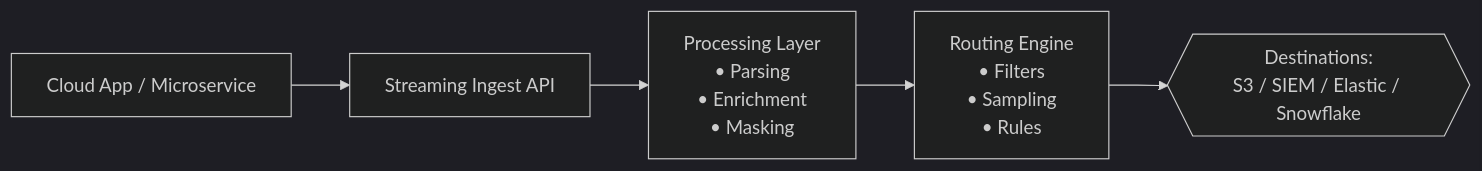
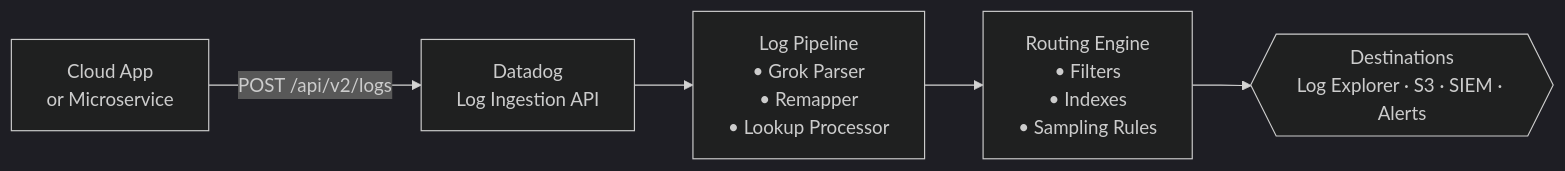
The diagram in raw-md-files/data-pipelines/api-ingest-stream.md (pvega62/software), drawn with Mermaid (dark theme) before and after one commit. The commit also changed other lines of this file and 436 other files, not shown here.

````diff
--- a/raw-md-files/data-pipelines/api-ingest-stream.md
+++ b/raw-md-files/data-pipelines/api-ingest-stream.md
@@ -40,7 +59,7 @@
 ```mermaid
 flowchart LR
-    A["Cloud App / Microservice"] --> B["Streaming Ingest API"]
-    B --> C["Processing Layer<br/> • Parsing<br/> • Enrichment<br/> • Masking"]
-    C --> D["Routing Engine<br/> • Filters<br/> • Sampling<br/> • Rules"]
-    D --> E{{"Destinations:<br/>S3 / SIEM / Elastic / Snowflake"}}
+    A[Cloud App<br/>or Microservice] -->|POST /api/v2/logs| B[Datadog<br/>Log Ingestion API]
+    B --> C[Log Pipeline<br/>• Grok Parser<br/>• Remapper<br/>• Lookup Processor]
+    C --> D[Routing Engine<br/>• Filters<br/>• Indexes<br/>• Sampling Rules]
+    D --> E{{Destinations<br/>Log Explorer · S3 · SIEM · Alerts}}
 ```
````
